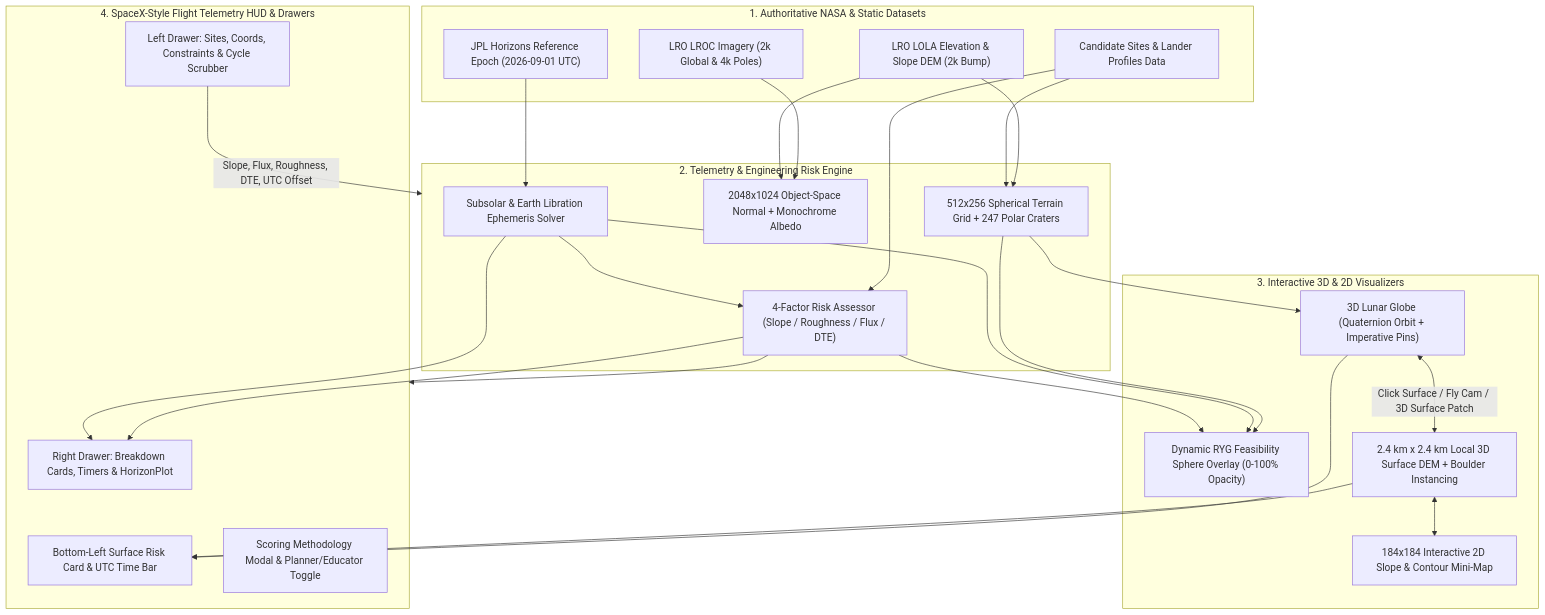
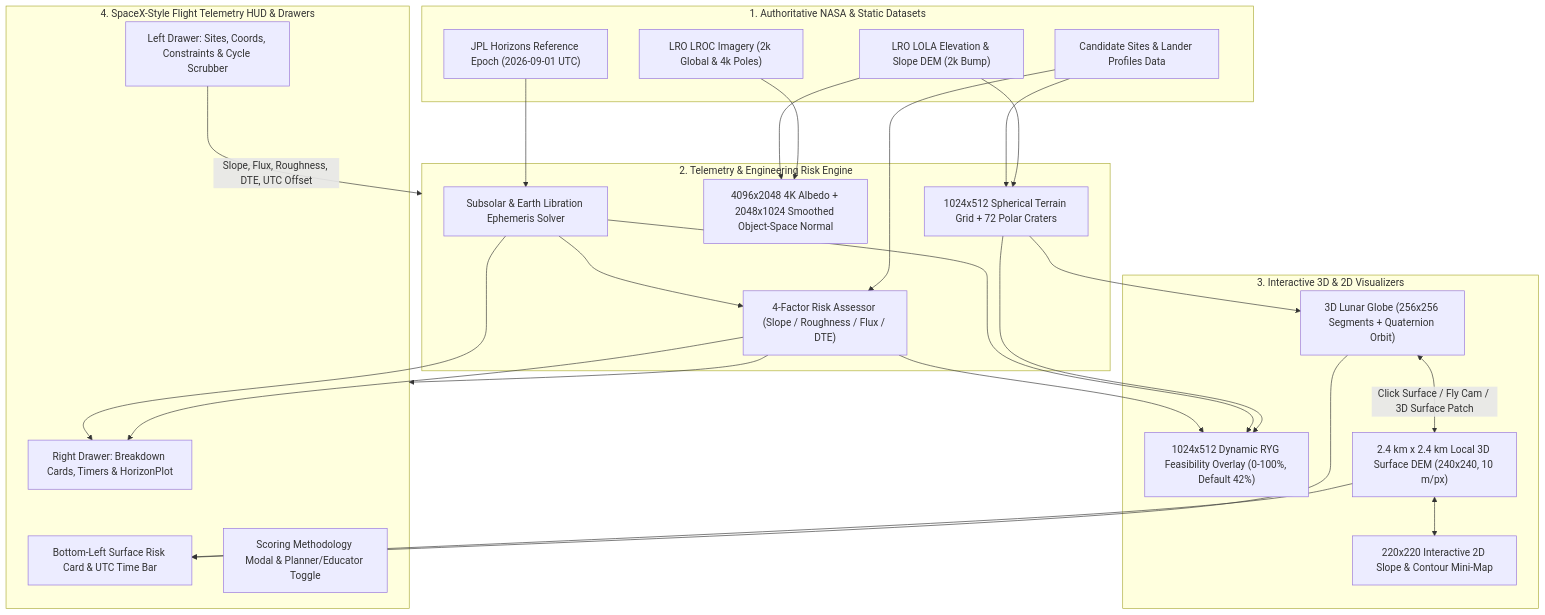
The first of 4 diagrams in README.md (AdeshDeshmukh/to-land-or-not-to-land-), drawn with Mermaid before and after one commit. The commit also changed other lines of this file and 8 other files, not shown here.

````diff
--- a/README.md
+++ b/README.md
@@ -68,52 +68,52 @@
 ```mermaid
 flowchart TD
     subgraph DATA["1. Authoritative NASA & Static Datasets"]
         LROC["LRO LROC Imagery (2k Global & 4k Poles)"]
         LOLA["LRO LOLA Elevation & Slope DEM (2k Bump)"]
         SITES["Candidate Sites & Lander Profiles Data"]
         EPHEM["JPL Horizons Reference Epoch (2026-09-01 UTC)"]
     end
 
     subgraph ENGINE["2. Telemetry & Engineering Risk Engine"]
-        GRID["512x256 Spherical Terrain Grid + 247 Polar Craters"]
-        TEX["2048x1024 Object-Space Normal + Monochrome Albedo"]
+        GRID["1024x512 Spherical Terrain Grid + 72 Polar Craters"]
+        TEX["4096x2048 4K Albedo + 2048x1024 Smoothed Object-Space Normal"]
         SOLAR["Subsolar & Earth Libration Ephemeris Solver"]
         RISK["4-Factor Risk Assessor (Slope / Roughness / Flux / DTE)"]
     end
 
     subgraph VIEWPORT["3. Interactive 3D & 2D Visualizers"]
-        GLOBE["3D Lunar Globe (Quaternion Orbit + Imperative Pins)"]
-        RYG["Dynamic RYG Feasibility Sphere Overlay (0-100% Opacity)"]
-        LOCAL["2.4 km x 2.4 km Local 3D Surface DEM + Boulder Instancing"]
-        MINIMAP["184x184 Interactive 2D Slope & Contour Mini-Map"]
+        GLOBE["3D Lunar Globe (256x256 Segments + Quaternion Orbit)"]
+        RYG["1024x512 Dynamic RYG Feasibility Overlay (0-100%, Default 42%)"]
+        LOCAL["2.4 km x 2.4 km Local 3D Surface DEM (240x240, 10 m/px)"]
+        MINIMAP["220x220 Interactive 2D Slope & Contour Mini-Map"]
     end
 
     subgraph HUD["4. SpaceX-Style Flight Telemetry HUD & Drawers"]
         SURF_HUD["Bottom-Left Surface Risk Card & UTC Time Bar"]
         LEFT_D["Left Drawer: Sites, Coords, Constraints & Cycle Scrubber"]
         RIGHT_D["Right Drawer: Breakdown Cards, Timers & HorizonPlot"]
         MODAL["Scoring Methodology Modal & Planner/Educator Toggle"]
     end
 
     LROC --> TEX
     LOLA --> GRID
     LOLA --> TEX
     EPHEM --> SOLAR
     SITES --> GRID
     SITES --> RISK
 
     GRID --> RYG
     GRID --> GLOBE
     SOLAR --> RYG
     SOLAR --> RISK
     RISK --> RYG
     RISK --> HUD
 
     GLOBE <-->|"Click Surface / Fly Cam / 3D Surface Patch"| LOCAL
     LOCAL <--> MINIMAP
     LEFT_D -->|"Slope, Flux, Roughness, DTE, UTC Offset"| ENGINE
     GLOBE --> SURF_HUD
     LOCAL --> SURF_HUD
     RISK --> RIGHT_D
     SOLAR --> RIGHT_D
 ```
````
